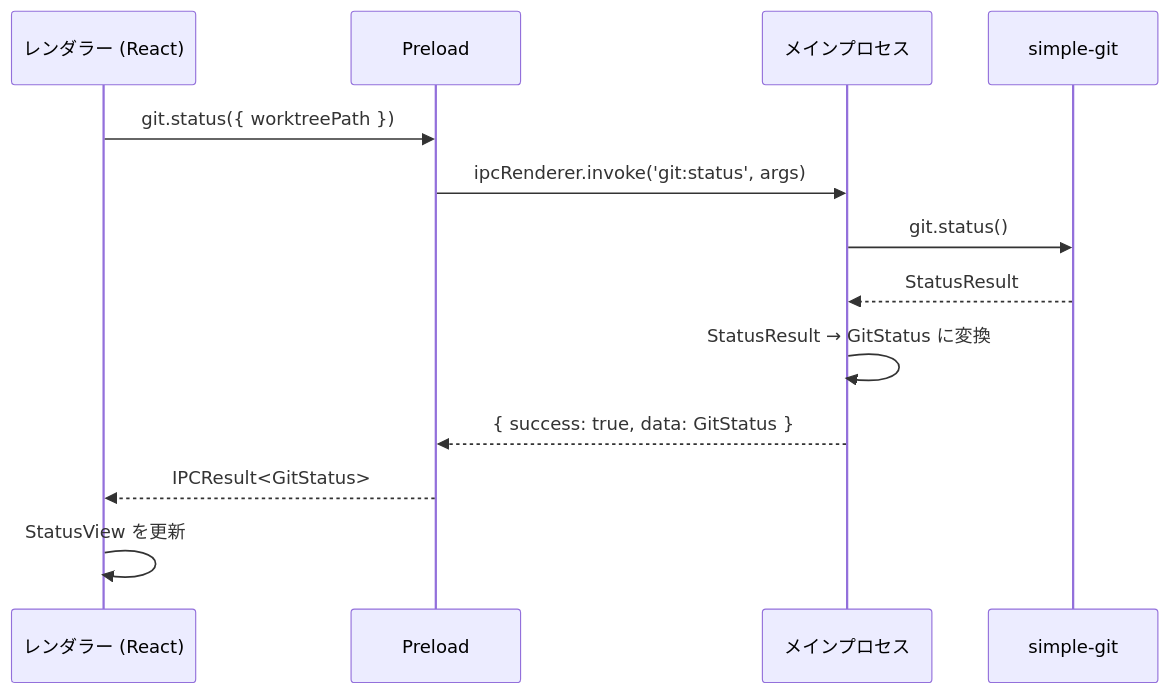
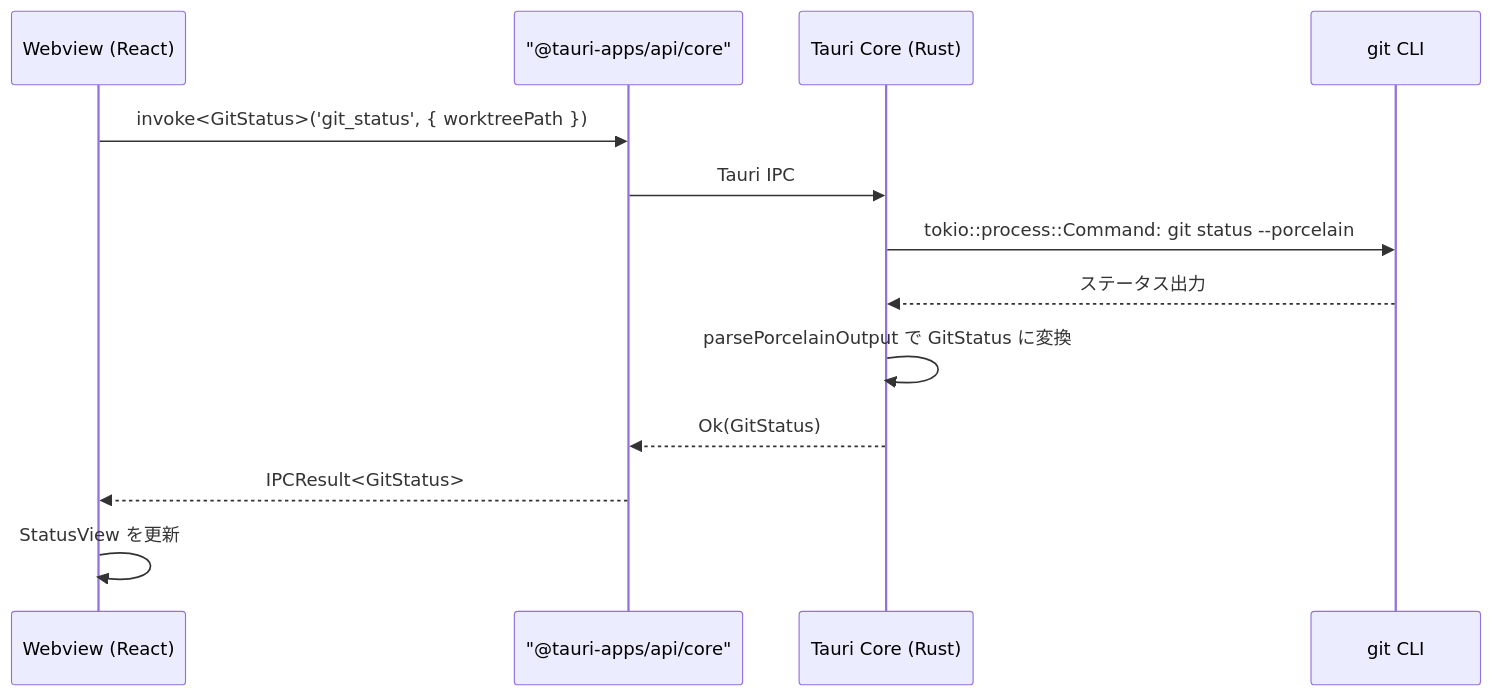
The first of 4 diagrams in .sdd/specification/repository-viewer_spec.md (ToshikiImagawa/Buruma), drawn with Mermaid before and after one commit. The commit also changed other lines of this file and 7 other files, not shown here.

````diff
--- a/.sdd/specification/repository-viewer_spec.md
+++ b/.sdd/specification/repository-viewer_spec.md
@@ -374,15 +374,15 @@
 ```mermaid
 sequenceDiagram
-    participant Renderer as レンダラー (React)
-    participant Preload as Preload
-    participant Main as メインプロセス
-    participant Git as simple-git
-    Renderer ->> Preload: git.status({ worktreePath })
-    Preload ->> Main: ipcRenderer.invoke('git:status', args)
-    Main ->> Git: git.status()
-    Git -->> Main: StatusResult
-    Main ->> Main: StatusResult → GitStatus に変換
-    Main -->> Preload: { success: true, data: GitStatus }
-    Preload -->> Renderer: IPCResult<GitStatus>
-    Renderer ->> Renderer: StatusView を更新
+    participant Webview as Webview (React)
+    participant Invoke as "@tauri-apps/api/core"
+    participant Core as Tauri Core (Rust)
+    participant Git as git CLI
+    Webview ->> Invoke: invoke<GitStatus>('git_status', { worktreePath })
+    Invoke ->> Core: Tauri IPC
+    Core ->> Git: tokio::process::Command: git status --porcelain
+    Git -->> Core: ステータス出力
+    Core ->> Core: parsePorcelainOutput で GitStatus に変換
+    Core -->> Invoke: Ok(GitStatus)
+    Invoke -->> Webview: IPCResult<GitStatus>
+    Webview ->> Webview: StatusView を更新
 ```
````
